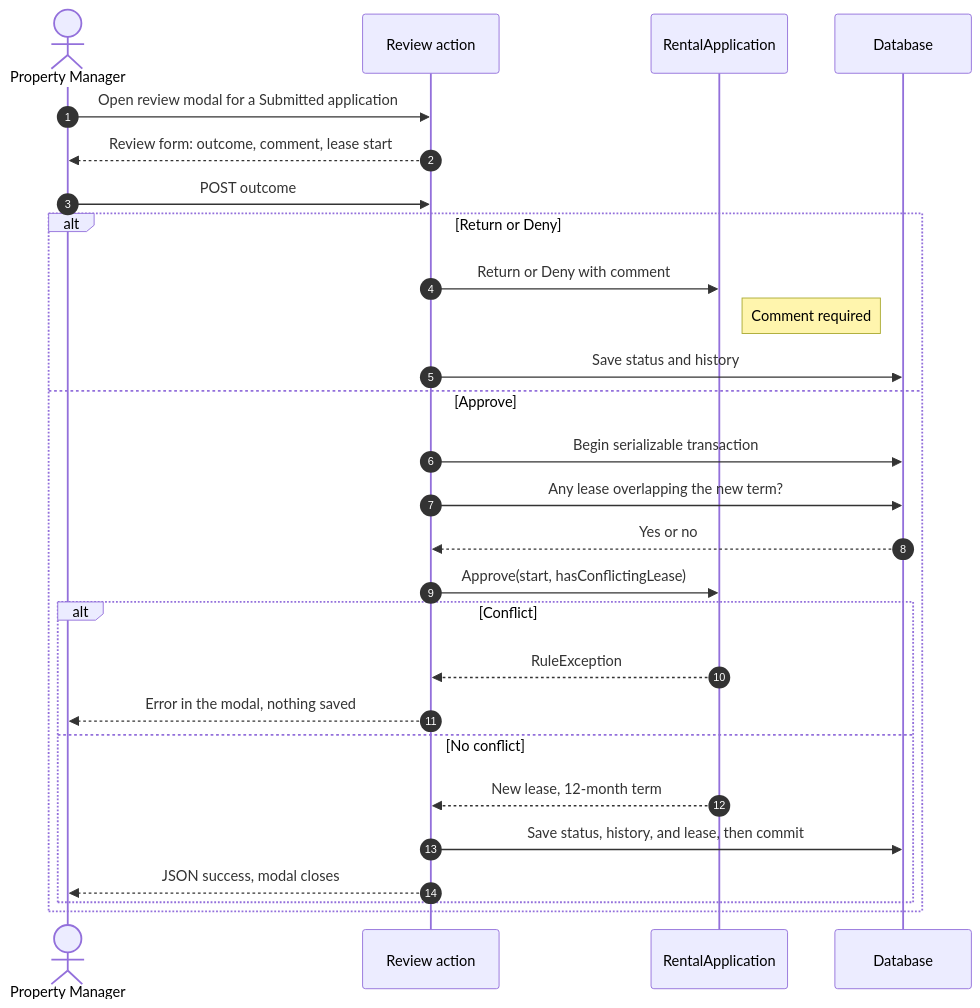
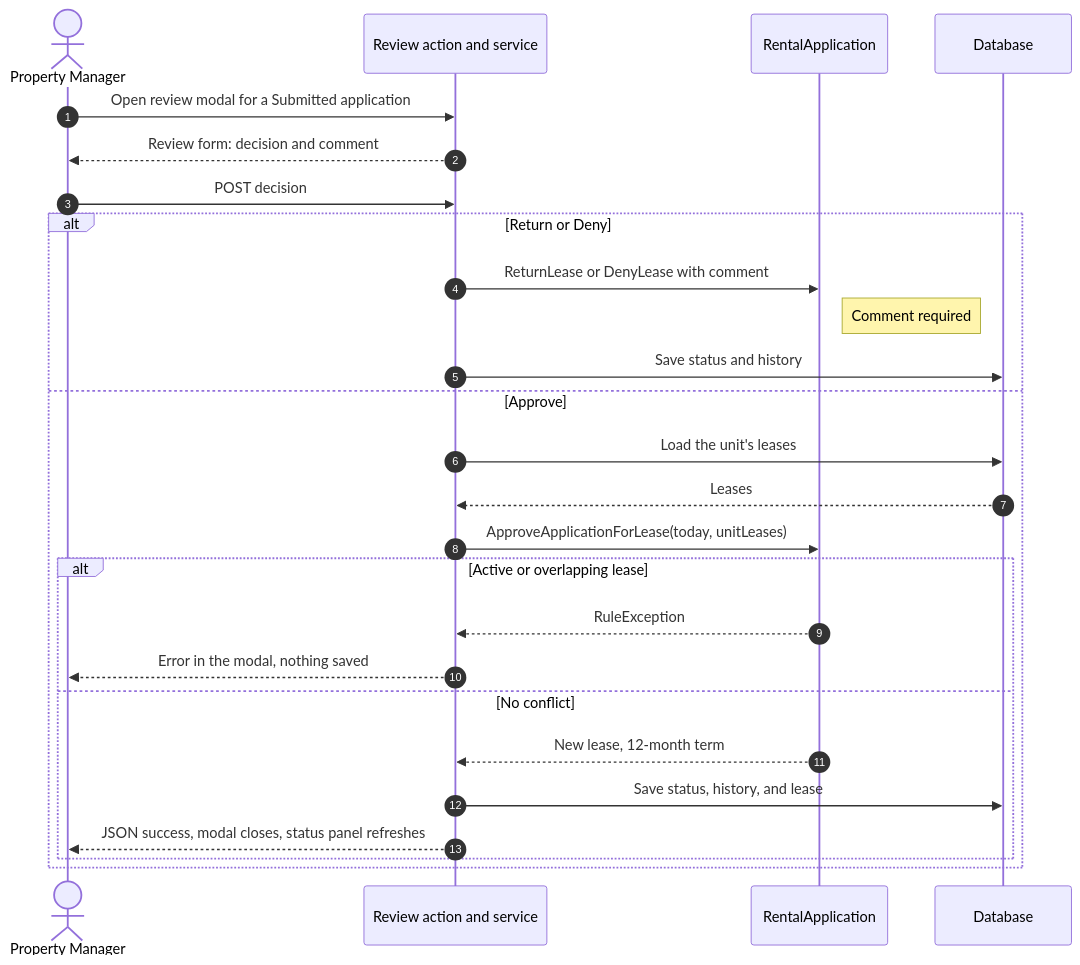
The seventh of 7 diagrams in docs/diagrams.md (breps83/troy-rentalportal), drawn with Mermaid before and after one commit. The commit also changed other lines of this file and 1 other file, not shown here.

First line of the commit message:
Update requirements documentation for leases and reviews

````diff
--- a/docs/diagrams.md
+++ b/docs/diagrams.md
@@ -338,31 +342,30 @@
 ```mermaid
 sequenceDiagram
     autonumber
     actor PM as Property Manager
-    participant Ctrl as Review action
+    participant Ctrl as Review action and service
     participant App as RentalApplication
     participant DB as Database
 
     PM->>Ctrl: Open review modal for a Submitted application
-    Ctrl-->>PM: Review form: outcome, comment, lease start
+    Ctrl-->>PM: Review form: decision and comment
 
-    PM->>Ctrl: POST outcome
+    PM->>Ctrl: POST decision
     alt Return or Deny
-        Ctrl->>App: Return or Deny with comment
+        Ctrl->>App: ReturnLease or DenyLease with comment
         Note right of App: Comment required
         Ctrl->>DB: Save status and history
     else Approve
-        Ctrl->>DB: Begin serializable transaction
-        Ctrl->>DB: Any lease overlapping the new term?
-        DB-->>Ctrl: Yes or no
-        Ctrl->>App: Approve(start, hasConflictingLease)
-        alt Conflict
+        Ctrl->>DB: Load the unit's leases
+        DB-->>Ctrl: Leases
+        Ctrl->>App: ApproveApplicationForLease(today, unitLeases)
+        alt Active or overlapping lease
             App-->>Ctrl: RuleException
             Ctrl-->>PM: Error in the modal, nothing saved
         else No conflict
             App-->>Ctrl: New lease, 12-month term
-            Ctrl->>DB: Save status, history, and lease, then commit
-            Ctrl-->>PM: JSON success, modal closes
+            Ctrl->>DB: Save status, history, and lease
+            Ctrl-->>PM: JSON success, modal closes, status panel refreshes
         end
     end
 ```
````
